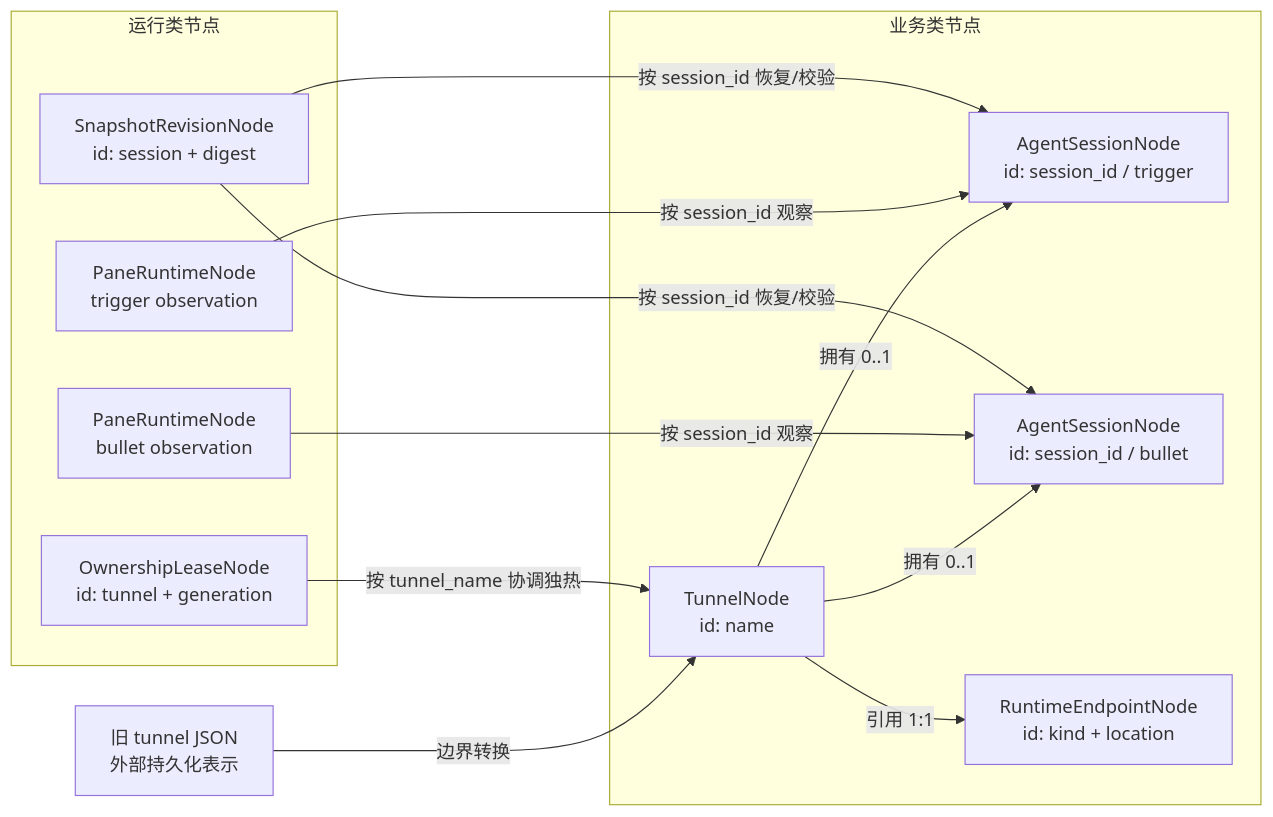
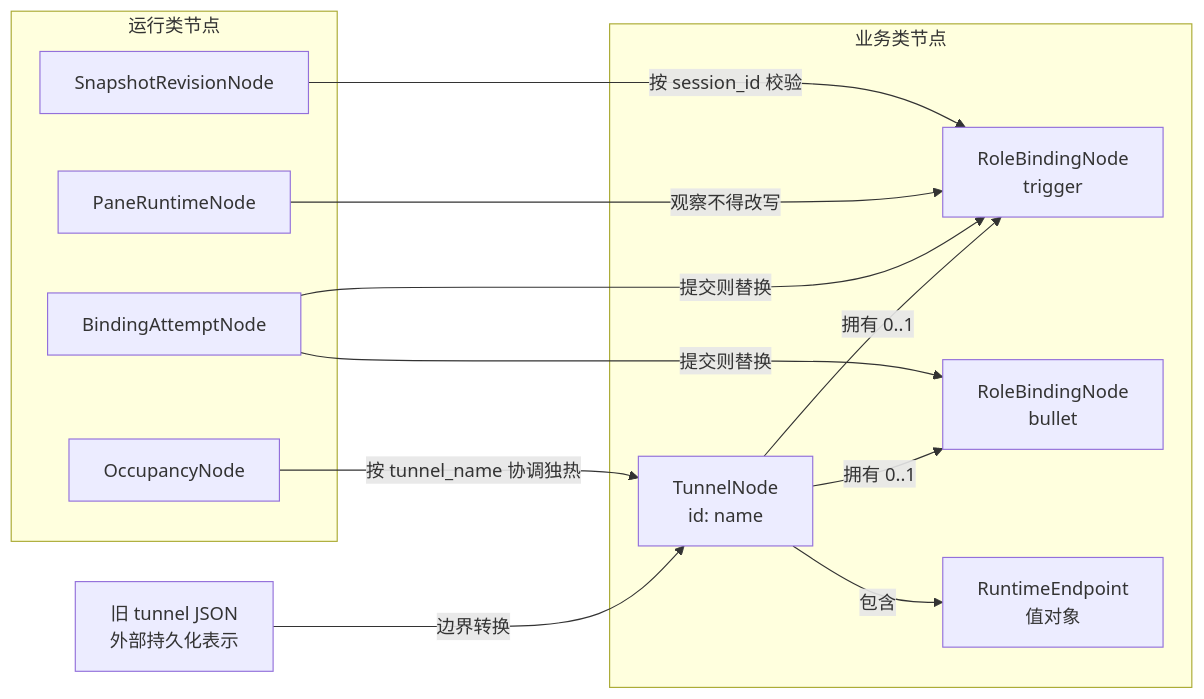
The diagram in datanode/README.md (yukai08008/dual-tmux), drawn with Mermaid before and after one commit. The commit also changed other lines of this file and 28 other files, not shown here.

First line of the commit message:
feat: bind freeze through BindingAttempt and expose occupancy

````diff
--- a/datanode/README.md
+++ b/datanode/README.md
@@ -22,28 +22,28 @@
 ```mermaid
 flowchart LR
   Legacy["旧 tunnel JSON<br/>外部持久化表示"]
 
   subgraph Business["业务类节点"]
     Tunnel["TunnelNode<br/>id: name"]
-    Trigger["AgentSessionNode<br/>id: session_id / trigger"]
-    Bullet["AgentSessionNode<br/>id: session_id / bullet"]
-    Endpoint["RuntimeEndpointNode<br/>id: kind + location"]
+    TriggerBind["RoleBindingNode<br/>trigger"]
+    BulletBind["RoleBindingNode<br/>bullet"]
+    Endpoint["RuntimeEndpoint<br/>值对象"]
   end
 
   subgraph Runtime["运行类节点"]
-    Lease["OwnershipLeaseNode<br/>id: tunnel + generation"]
-    TriggerPane["PaneRuntimeNode<br/>trigger observation"]
-    BulletPane["PaneRuntimeNode<br/>bullet observation"]
-    Snapshot["SnapshotRevisionNode<br/>id: session + digest"]
+    Occupancy["OccupancyNode"]
+    Attempt["BindingAttemptNode"]
+    TriggerPane["PaneRuntimeNode"]
+    Snapshot["SnapshotRevisionNode"]
   end
 
   Legacy -->|"边界转换"| Tunnel
-  Tunnel -->|"拥有 0..1"| Trigger
-  Tunnel -->|"拥有 0..1"| Bullet
-  Tunnel -->|"引用 1:1"| Endpoint
-  Lease -->|"按 tunnel_name 协调独热"| Tunnel
-  TriggerPane -->|"按 session_id 观察"| Trigger
-  BulletPane -->|"按 session_id 观察"| Bullet
-  Snapshot -->|"按 session_id 恢复/校验"| Trigger
-  Snapshot -->|"按 session_id 恢复/校验"| Bullet
+  Tunnel -->|"拥有 0..1"| TriggerBind
+  Tunnel -->|"拥有 0..1"| BulletBind
+  Tunnel -->|"包含"| Endpoint
+  Occupancy -->|"按 tunnel_name 协调独热"| Tunnel
+  Attempt -->|"提交则替换"| TriggerBind
+  Attempt -->|"提交则替换"| BulletBind
+  TriggerPane -->|"观察不得改写"| TriggerBind
+  Snapshot -->|"按 session_id 校验"| TriggerBind
 ```
````
